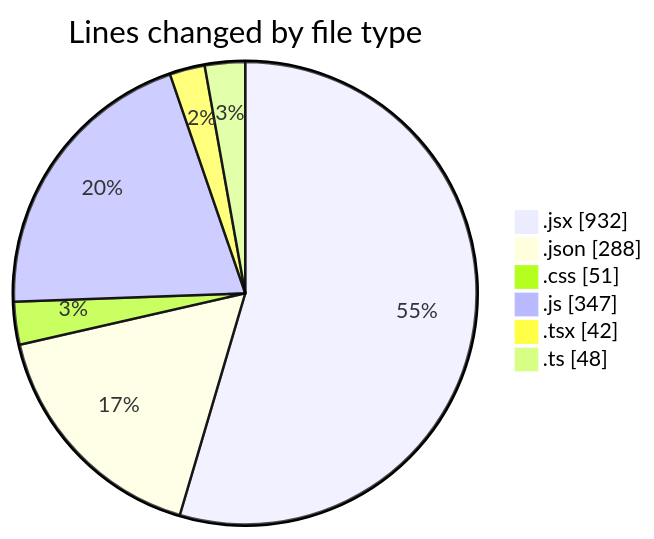
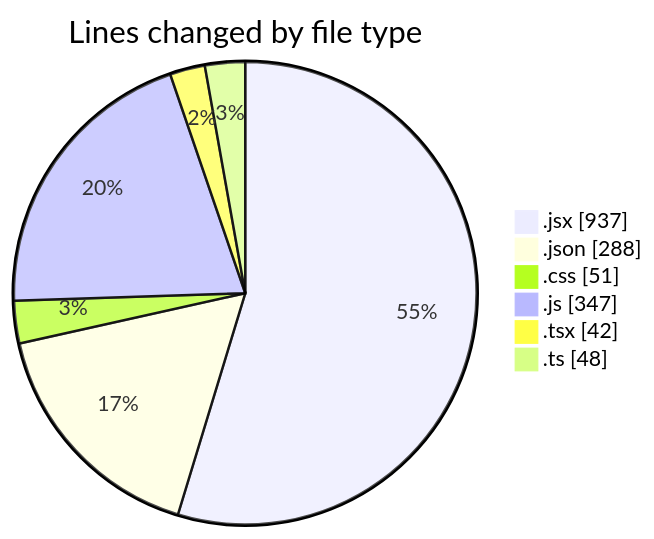
The first of 2 diagrams in 2026-03-19/commonwealth-front-end-task/README.md (momahboobian/code-tracking), drawn with Mermaid before and after one commit. The commit also changed other lines of this file and 1 other file, not shown here.

````diff
--- a/2026-03-19/commonwealth-front-end-task/README.md
+++ b/2026-03-19/commonwealth-front-end-task/README.md
@@ -38,10 +38,10 @@
 ```mermaid
 pie showData
 title Lines changed by file type
-".jsx" : 932
+".jsx" : 937
 ".json" : 288
 ".css" : 51
 ".js" : 347
 ".tsx" : 42
 ".ts" : 48
 ```
````
